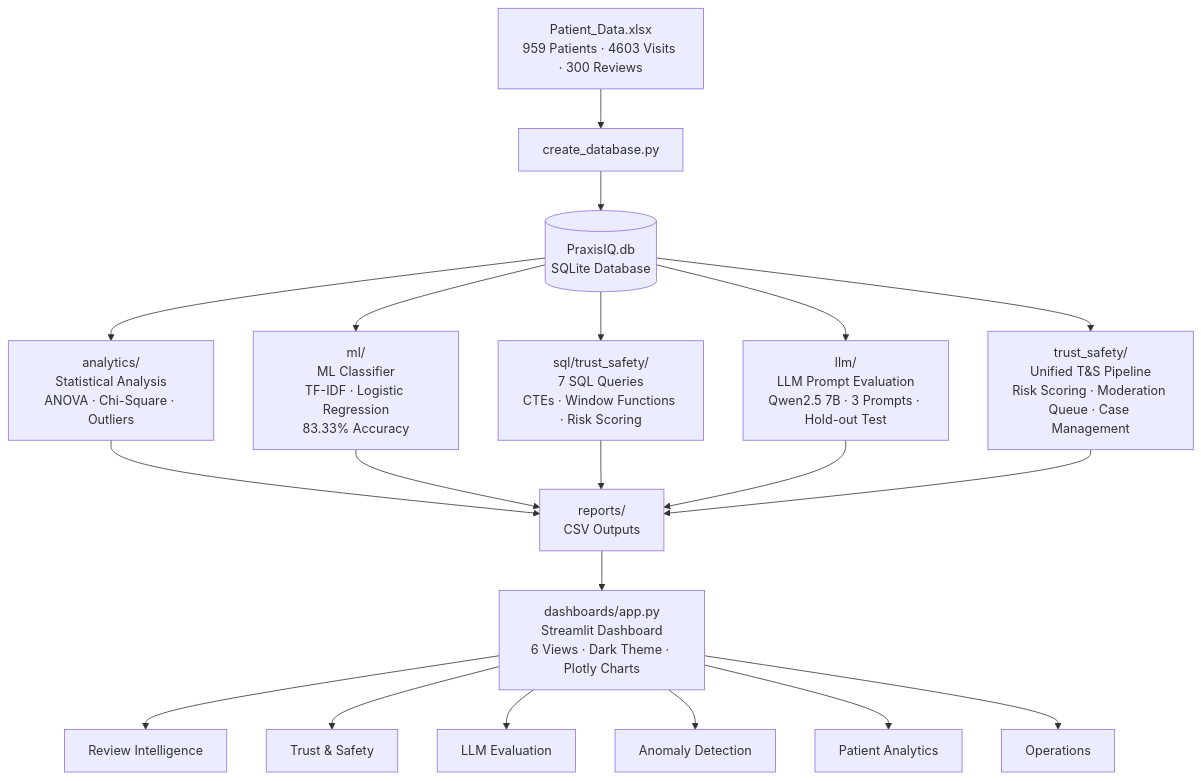
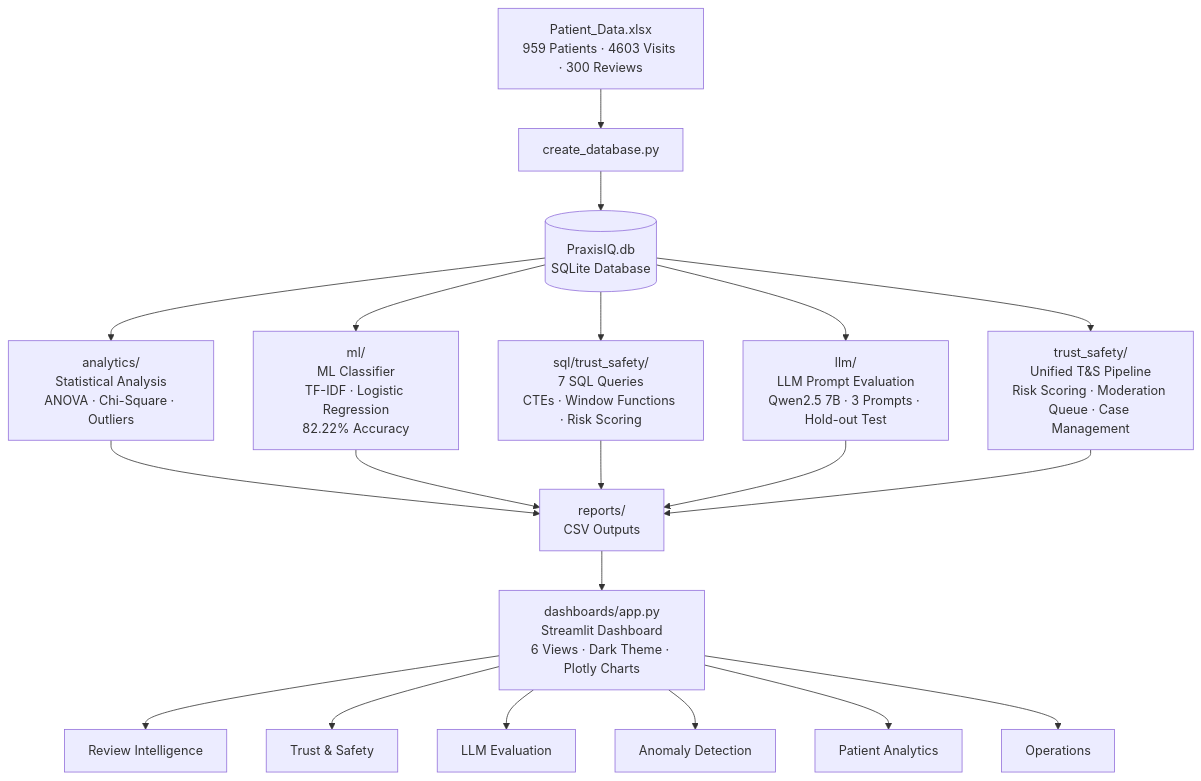
Before and after one commit to VishnuO5/PraxisIQ: the first of 2 diagrams in README.md, drawn with Mermaid. The commit also changed other lines of this file, not shown here.

Commit message:
Fix ML accuracy 83.33% → 82.22% in README; analytics folder already clean

````diff
--- a/README.md
+++ b/README.md
@@ -43,26 +43,26 @@
 ```mermaid
 flowchart TD
     A[Patient_Data.xlsx\n959 Patients · 4603 Visits · 300 Reviews] --> B[create_database.py]
     B --> C[(PraxisIQ.db\nSQLite Database)]
 
     C --> D[analytics/\nStatistical Analysis\nANOVA · Chi-Square · Outliers]
-    C --> E[ml/\nML Classifier\nTF-IDF · Logistic Regression\n83.33% Accuracy]
+    C --> E[ml/\nML Classifier\nTF-IDF · Logistic Regression\n82.22% Accuracy]
     C --> F[sql/trust_safety/\n7 SQL Queries\nCTEs · Window Functions · Risk Scoring]
     C --> G[llm/\nLLM Prompt Evaluation\nQwen2.5 7B · 3 Prompts · Hold-out Test]
     C --> H[trust_safety/\nUnified T&S Pipeline\nRisk Scoring · Moderation Queue · Case Management]
 
     D --> I[reports/\nCSV Outputs]
     E --> I
     F --> I
     G --> I
     H --> I
 
     I --> J[dashboards/app.py\nStreamlit Dashboard\n6 Views · Dark Theme · Plotly Charts]
 
     J --> K[Review Intelligence]
     J --> L[Trust & Safety]
     J --> M[LLM Evaluation]
     J --> N[Anomaly Detection]
     J --> O[Patient Analytics]
     J --> P[Operations]
 ```
````
